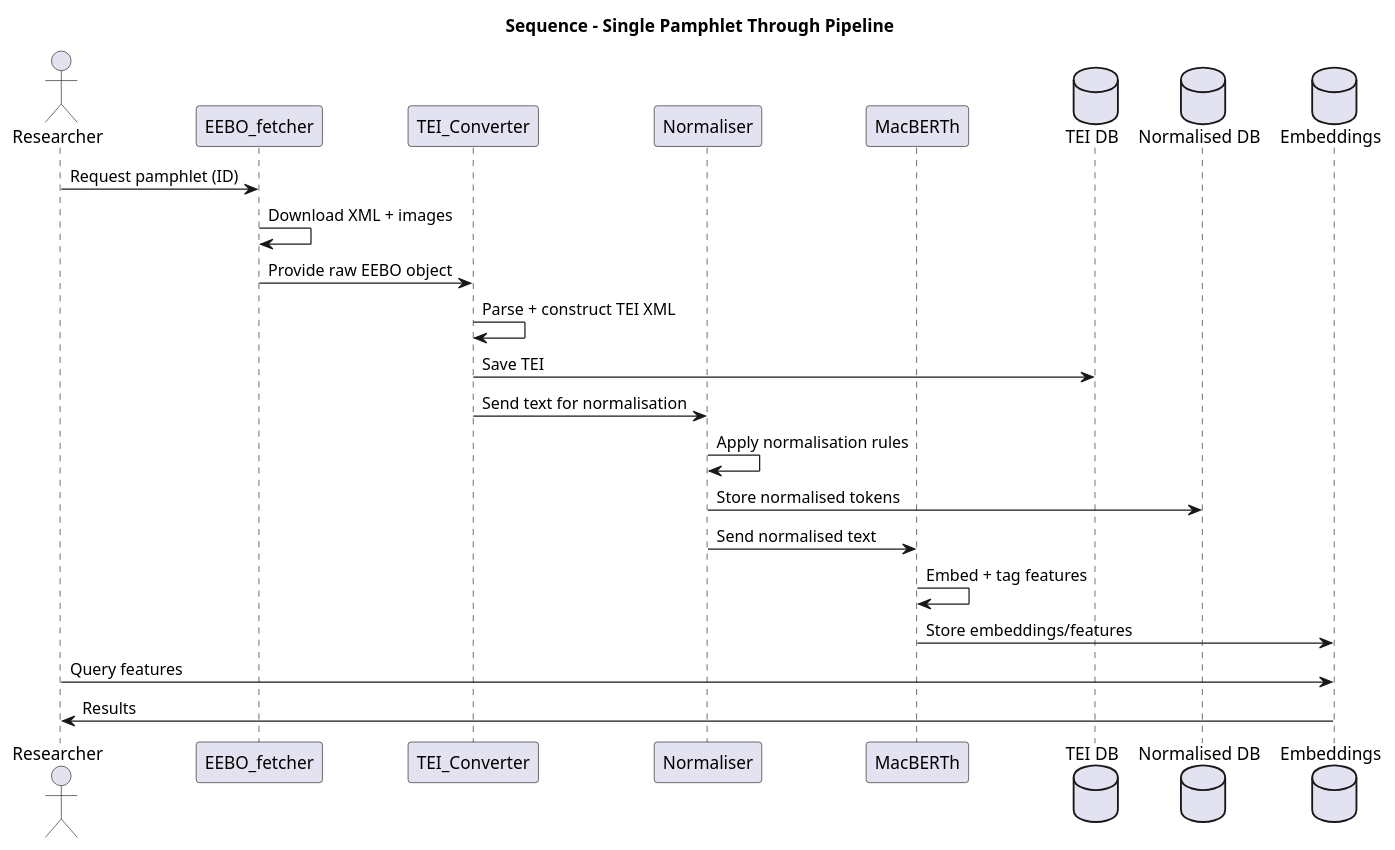
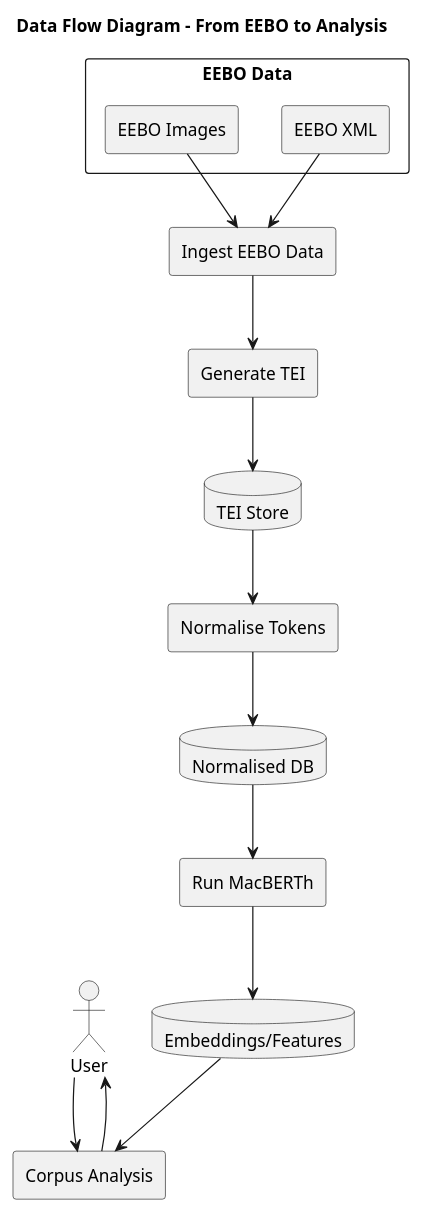
Before and after one commit to leegee/mutatis-mutandis: the diagram in docs/uml/sequence_diagram.puml, drawn with PlantUML. The commit also changed 1 other file, not shown here.

Commit message:
Sequence tidy, fintune process

```diff
--- a/docs/uml/sequence_diagram.puml
+++ b/docs/uml/sequence_diagram.puml
@@ -1,31 +1,37 @@
 @startuml
-title Sequence – Single Pamphlet Through Pipeline
+title Data Flow Diagram – From EEBO to Analysis
 
-actor Researcher
-participant "EEBO_fetcher" as F
-participant "TEI_Converter" as T
-participant "Normaliser" as N
-participant "MacBERTh" as M
-database "TEI DB" as D1
+actor User
+
+rectangle "EEBO Data" {
+  rectangle "EEBO XML" as EEBO_XML
+  rectangle "EEBO Images" as EEBO_Images
+}
+
+rectangle "Ingest EEBO Data" as P1
+rectangle "Generate TEI" as P2
+rectangle "Normalise Tokens" as P3
+rectangle "Run MacBERTh" as P4
+rectangle "Corpus Analysis" as P5
+
+database "TEI Store" as D1
 database "Normalised DB" as D2
-database "Embeddings" as D3
+database "Embeddings/Features" as D3
 
-Researcher -> F: Request pamphlet (ID)
-F -> F: Download XML + images
-F -> T: Provide raw EEBO object
+EEBO_XML --> P1
+EEBO_Images --> P1
 
-T -> T: Parse + construct TEI XML
-T -> D1: Save TEI
+P1 --> P2
+P2 --> D1
 
-T -> N: Send text for normalisation
-N -> N: Apply normalisation rules
-N -> D2: Store normalised tokens
+D1 --> P3
+P3 --> D2
 
-N -> M: Send normalised text
-M -> M: Embed + tag features
-M -> D3: Store embeddings/features
+D2 --> P4
+P4 --> D3
 
-Researcher -> D3: Query features
-Researcher <- D3: Results
+D3 --> P5
+User --> P5
+P5 --> User
 
 @enduml
```
